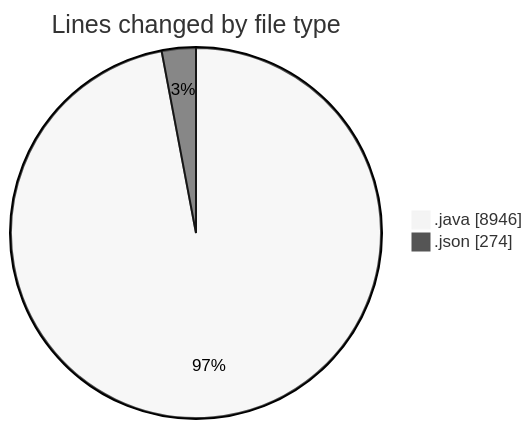
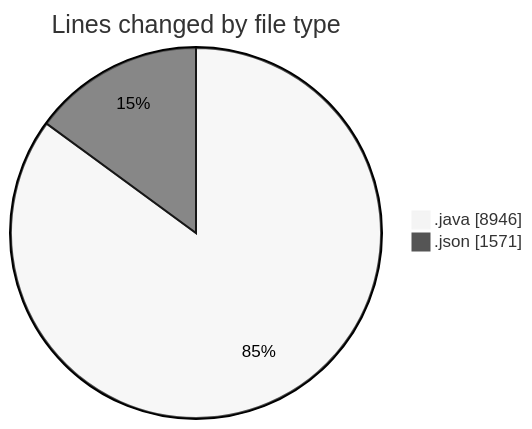
The first of 2 diagrams in 2026-09-03/cilapp/README.md (ricardozamudiocil/code-tracking), drawn with Mermaid (neutral theme) before and after one commit. The commit also changed other lines of this file and 1 other file, not shown here.

````diff
--- a/2026-09-03/cilapp/README.md
+++ b/2026-09-03/cilapp/README.md
@@ -23,6 +24,6 @@
 ```mermaid
 pie showData
 title Lines changed by file type
 ".java" : 8946
-".json" : 274
+".json" : 1571
 ```
````
